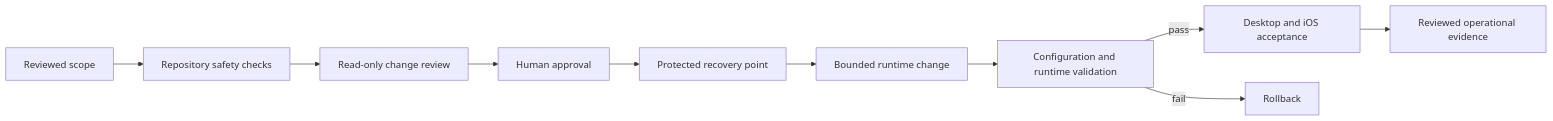
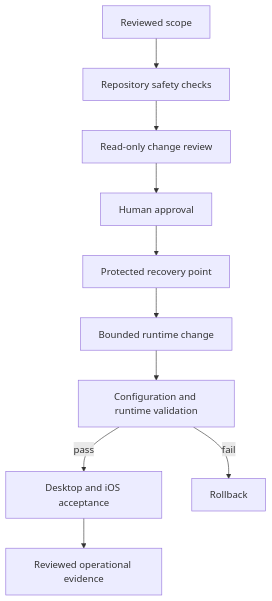
One commit to Charles-drZ/raspberry-home-showcase changed the diagram in README.md. Above: the diagram before and after it, drawn with Mermaid.

Commit message:
docs: make delivery diagram mobile friendly

````diff
--- a/README.md
+++ b/README.md
@@ -52,12 +52,12 @@
 ```mermaid
-flowchart LR
+flowchart TD
     SCOPE[Reviewed scope] --> CHECKS[Repository safety checks]
     CHECKS --> PLAN[Read-only change review]
     PLAN --> APPROVAL[Human approval]
     APPROVAL --> BACKUP[Protected recovery point]
     BACKUP --> CHANGE[Bounded runtime change]
     CHANGE --> VALIDATE[Configuration and runtime validation]
     VALIDATE -->|pass| ACCEPT[Desktop and iOS acceptance]
     VALIDATE -->|fail| RECOVER[Rollback]
     ACCEPT --> MEMORY[Reviewed operational evidence]
 ```
````
